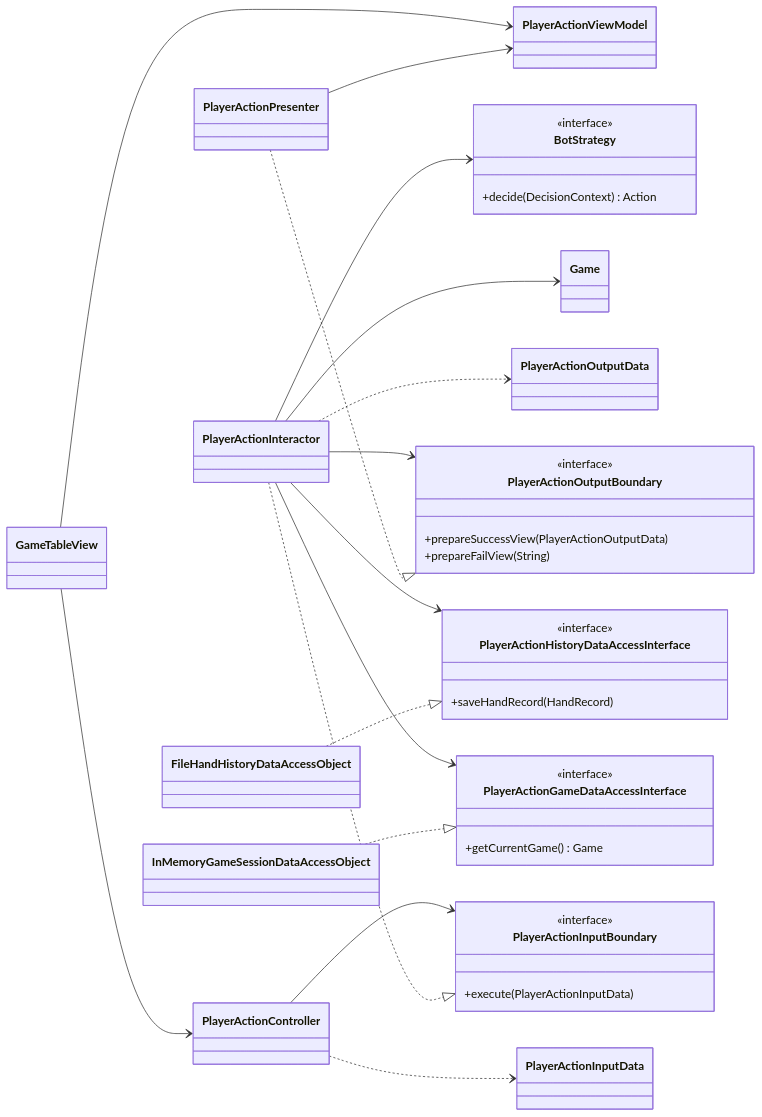
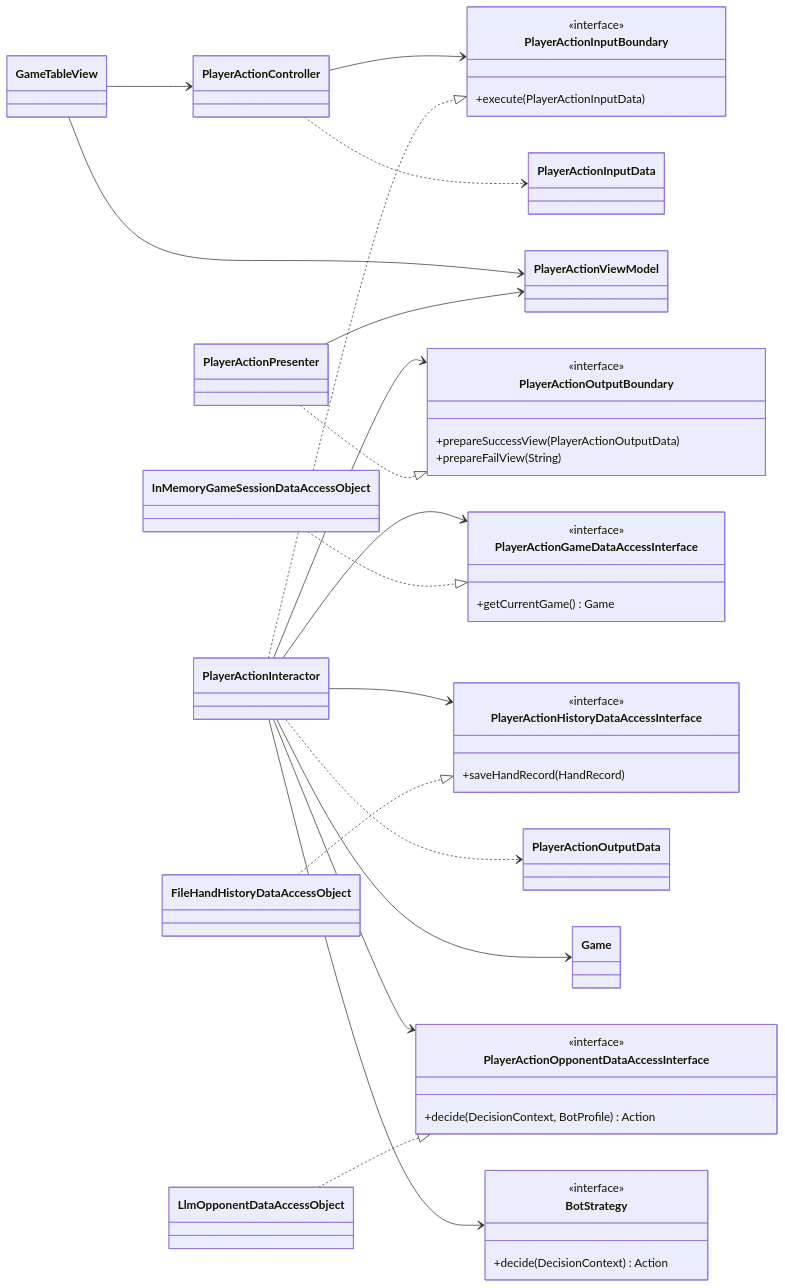
One commit to leiz123321/team-project changed the second of 3 diagrams in docs/ARCHITECTURE.md. Above: the diagram before and after it, drawn with Mermaid. The commit also changed other lines of this file and 1 other file, not shown here.

First line of the commit message:
Fill in README from the course template and update architecture

````diff
--- a/docs/ARCHITECTURE.md
+++ b/docs/ARCHITECTURE.md
@@ -248,51 +265,58 @@
 ```mermaid
 classDiagram
     direction LR
     class GameTableView
     class PlayerActionController
     class PlayerActionPresenter
     class PlayerActionViewModel
     class PlayerActionInputBoundary {
         <<interface>>
         +execute(PlayerActionInputData)
     }
     class PlayerActionOutputBoundary {
         <<interface>>
         +prepareSuccessView(PlayerActionOutputData)
         +prepareFailView(String)
     }
     class PlayerActionGameDataAccessInterface {
         <<interface>>
         +getCurrentGame() Game
     }
     class PlayerActionHistoryDataAccessInterface {
         <<interface>>
         +saveHandRecord(HandRecord)
     }
     class PlayerActionInteractor
     class PlayerActionInputData
     class PlayerActionOutputData
     class Game
+    class PlayerActionOpponentDataAccessInterface {
+        <<interface>>
+        +decide(DecisionContext, BotProfile) Action
+    }
     class BotStrategy {
         <<interface>>
         +decide(DecisionContext) Action
     }
     class FileHandHistoryDataAccessObject
+    class LlmOpponentDataAccessObject
     class InMemoryGameSessionDataAccessObject
 
     GameTableView --> PlayerActionController
     GameTableView --> PlayerActionViewModel
     PlayerActionController --> PlayerActionInputBoundary
     PlayerActionController ..> PlayerActionInputData
     PlayerActionInteractor ..|> PlayerActionInputBoundary
     PlayerActionInteractor --> PlayerActionOutputBoundary
     PlayerActionInteractor --> PlayerActionGameDataAccessInterface
     PlayerActionInteractor --> PlayerActionHistoryDataAccessInterface
     PlayerActionInteractor ..> PlayerActionOutputData
     PlayerActionInteractor --> Game
+    PlayerActionInteractor --> PlayerActionOpponentDataAccessInterface
     PlayerActionInteractor --> BotStrategy
     PlayerActionPresenter ..|> PlayerActionOutputBoundary
     PlayerActionPresenter --> PlayerActionViewModel
     FileHandHistoryDataAccessObject ..|> PlayerActionHistoryDataAccessInterface
     InMemoryGameSessionDataAccessObject ..|> PlayerActionGameDataAccessInterface
+    LlmOpponentDataAccessObject ..|> PlayerActionOpponentDataAccessInterface
 ```
````
